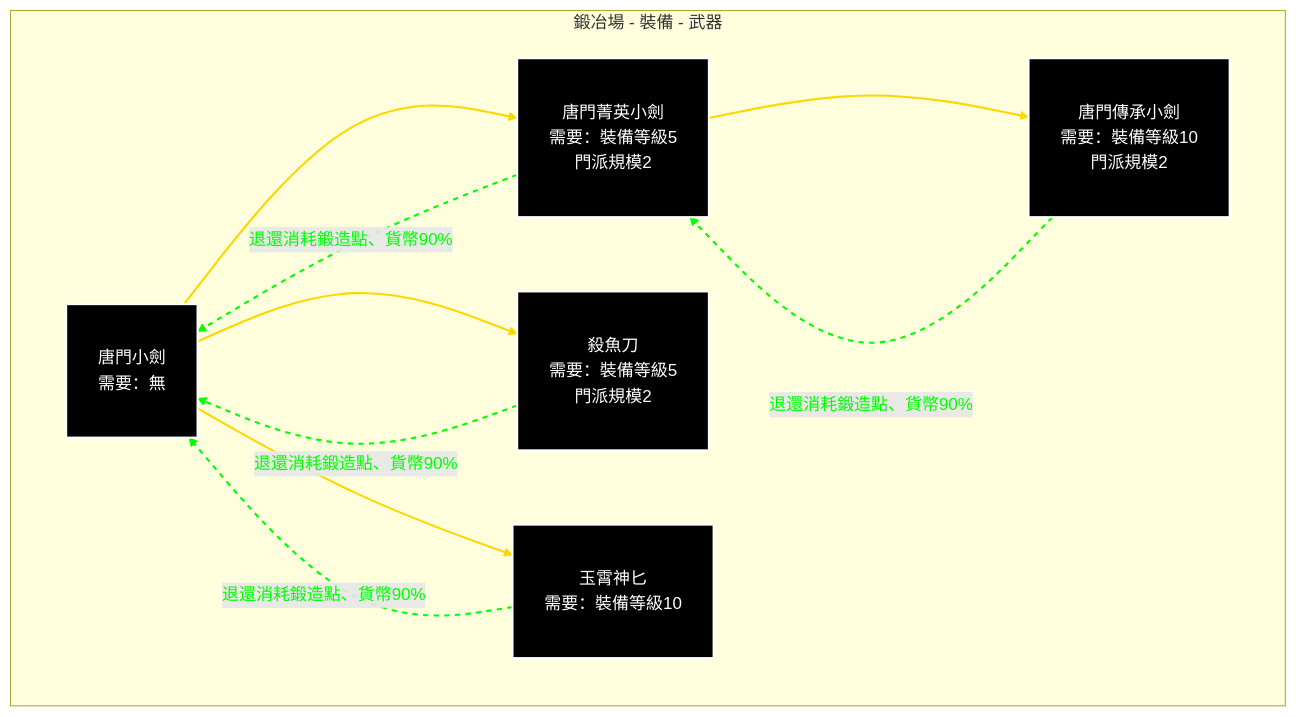
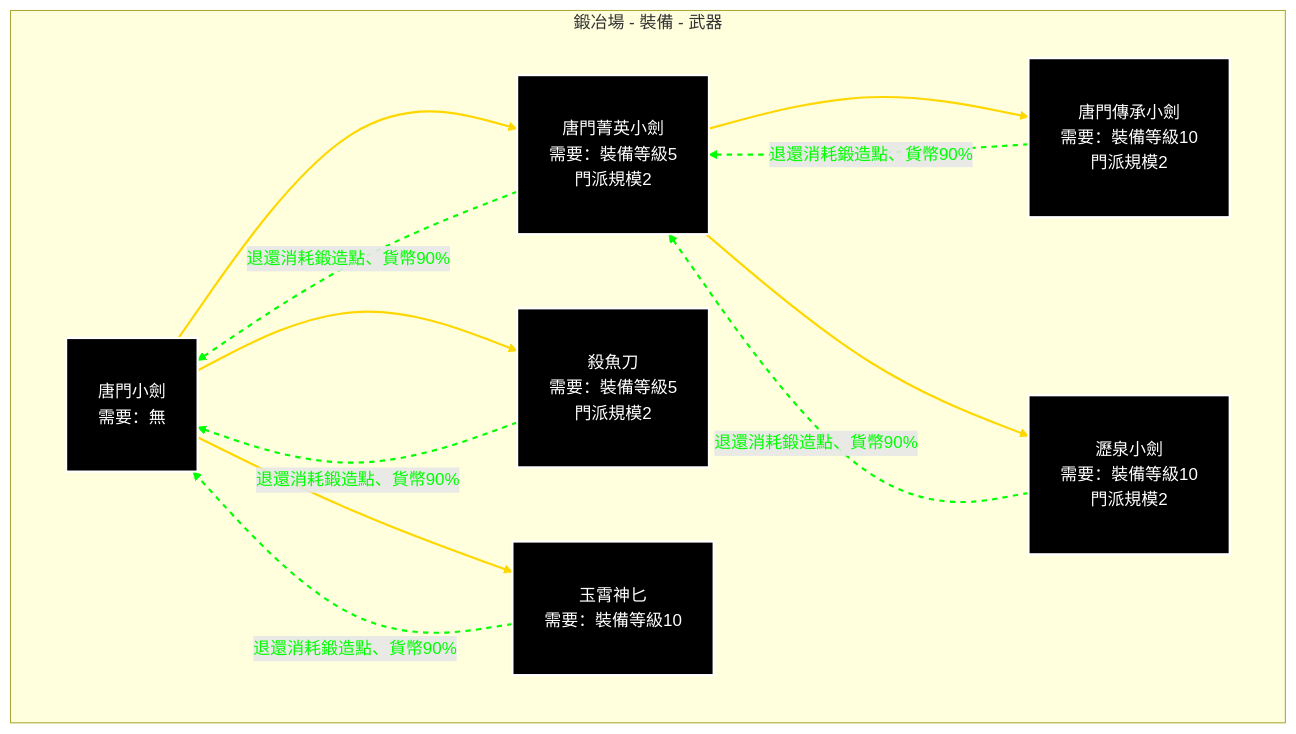
Before and after one commit to Mr-Smilin/LoM-wiki: the first of 7 diagrams in docs/system/forge-roadmap.md, drawn with Mermaid. The commit also changed other lines of this file and 1 other file, not shown here.

Commit message:
1. add 猛火油櫃、瀝泉小劍、紙甲

````diff
--- a/docs/system/forge-roadmap.md
+++ b/docs/system/forge-roadmap.md
@@ -16,49 +16,55 @@
 ```mermaid
 %%{init: {
   'flowchart': {
     'nodeSpacing': 70,
     'rankSpacing': 80,
     'theme': 'dark'
   }
 } }%%
 graph TB
   subgraph 鍛冶場 - 裝備 - 武器
     A[唐門小劍<br>需要：無]
     B[唐門菁英小劍<br>需要：裝備等級5<br>門派規模2]
     C[唐門傳承小劍<br>需要：裝備等級10<br>門派規模2]
     D[殺魚刀<br>需要：裝備等級5<br>門派規模2]
     E[玉霄神匕<br>需要：裝備等級10]
+    F[瀝泉小劍<br>需要：裝備等級10<br>門派規模2]
   end
 
   %% 升級箭頭（黃色）+ 文字
   A --> B
   B --> C
   A --> D
   A --> E
+  B --> F
 
   %% 退還箭頭（綠色）+ 文字
   B -.->|<font color='#00FF00'>退還消耗鍛造點、貨幣90%</font>| A
   C -.->|<font color='#00FF00'>退還消耗鍛造點、貨幣90%</font>| B
   D -.->|<font color='#00FF00'>退還消耗鍛造點、貨幣90%</font>| A
   E -.->|<font color='#00FF00'>退還消耗鍛造點、貨幣90%</font>| A
+  F -.->|<font color='#00FF00'>退還消耗鍛造點、貨幣90%</font>| B
   
   %% 自訂箭頭樣式與文字顏色
   linkStyle 0 stroke:#FFD700,stroke-width:2px
   linkStyle 1 stroke:#FFD700,stroke-width:2px
   linkStyle 2 stroke:#FFD700,stroke-width:2px
   linkStyle 3 stroke:#FFD700,stroke-width:2px
-  linkStyle 4 stroke:#00FF00,stroke-width:2px,stroke-dasharray:5,5
+  linkStyle 4 stroke:#FFD700,stroke-width:2px
   linkStyle 5 stroke:#00FF00,stroke-width:2px,stroke-dasharray:5,5
   linkStyle 6 stroke:#00FF00,stroke-width:2px,stroke-dasharray:5,5
   linkStyle 7 stroke:#00FF00,stroke-width:2px,stroke-dasharray:5,5
+  linkStyle 8 stroke:#00FF00,stroke-width:2px,stroke-dasharray:5,5
+  linkStyle 9 stroke:#00FF00,stroke-width:2px,stroke-dasharray:5,5
 
   %% 設定節點樣式
   classDef default padding:15px,margin:10px,fill:#000,color:#FFF
   style A stroke:#FFF,stroke-width:2px,padding:15px,margin:10px,fill:#000,color:#FFF
   style B stroke:#FFF,stroke-width:2px,padding:15px,margin:10px,fill:#000,color:#FFF
   style C stroke:#FFF,stroke-width:2px,padding:15px,margin:10px,fill:#000,color:#FFF
   style D stroke:#FFF,stroke-width:2px,padding:15px,margin:10px,fill:#000,color:#FFF
   style E stroke:#FFF,stroke-width:2px,padding:15px,margin:10px,fill:#000,color:#FFF
+  style F stroke:#FFF,stroke-width:2px,padding:15px,margin:10px,fill:#000,color:#FFF
 
 
 ```
````
